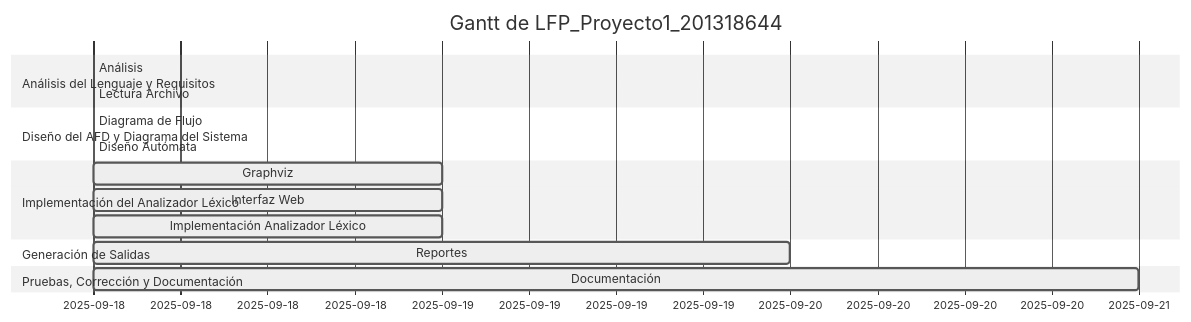
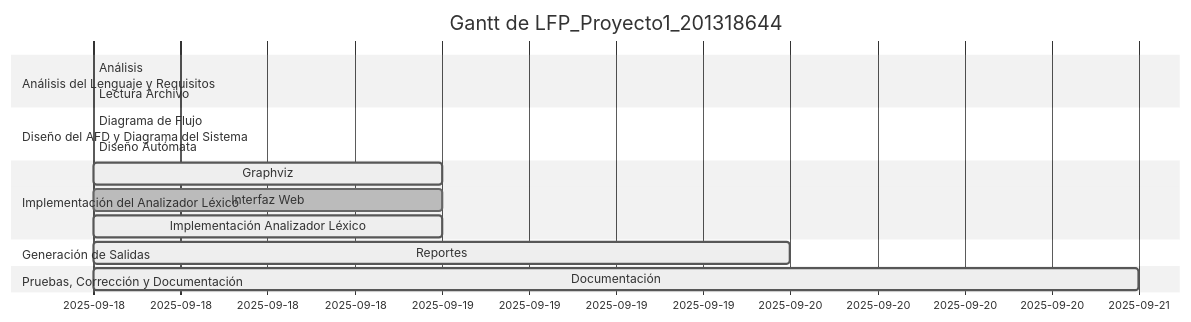
One commit to MynorCifuentes/TourneyJS changed the diagram in docs/gantt.md. Above: the diagram before and after it, drawn with Mermaid (neutral theme).

Commit message:
Actualiza diagrama de Gantt automático

````diff
--- a/docs/gantt.md
+++ b/docs/gantt.md
@@ -1,20 +1,20 @@
 ```mermaid
 gantt
     dateFormat  YYYY-MM-DD
     title Gantt de LFP_Proyecto1_201318644
     excludes    weekends
     section Análisis del Lenguaje y Requisitos
     Análisis :active, 2, 2025-09-18, 2025-09-18
     Lectura Archivo :done, 1, 2025-09-18, 2025-09-18
     section Diseño del AFD y Diagrama del Sistema
     Diagrama de Flujo :active, 4, 2025-09-18, 2025-09-18
     Diseño Autómata :active, 3, 2025-09-18, 2025-09-18
     section Implementación del Analizador Léxico
     Graphviz :active, 7, 2025-09-18, 2025-09-19
-    Interfaz Web :active, 6, 2025-09-18, 2025-09-19
+    Interfaz Web :done, 6, 2025-09-18, 2025-09-19
     Implementación Analizador Léxico :active, 5, 2025-09-18, 2025-09-19
     section Generación de Salidas
     Reportes :active, 8, 2025-09-18, 2025-09-20
     section Pruebas, Corrección y Documentación
     Documentación :active, 9, 2025-09-18, 2025-09-21
 ```
````
